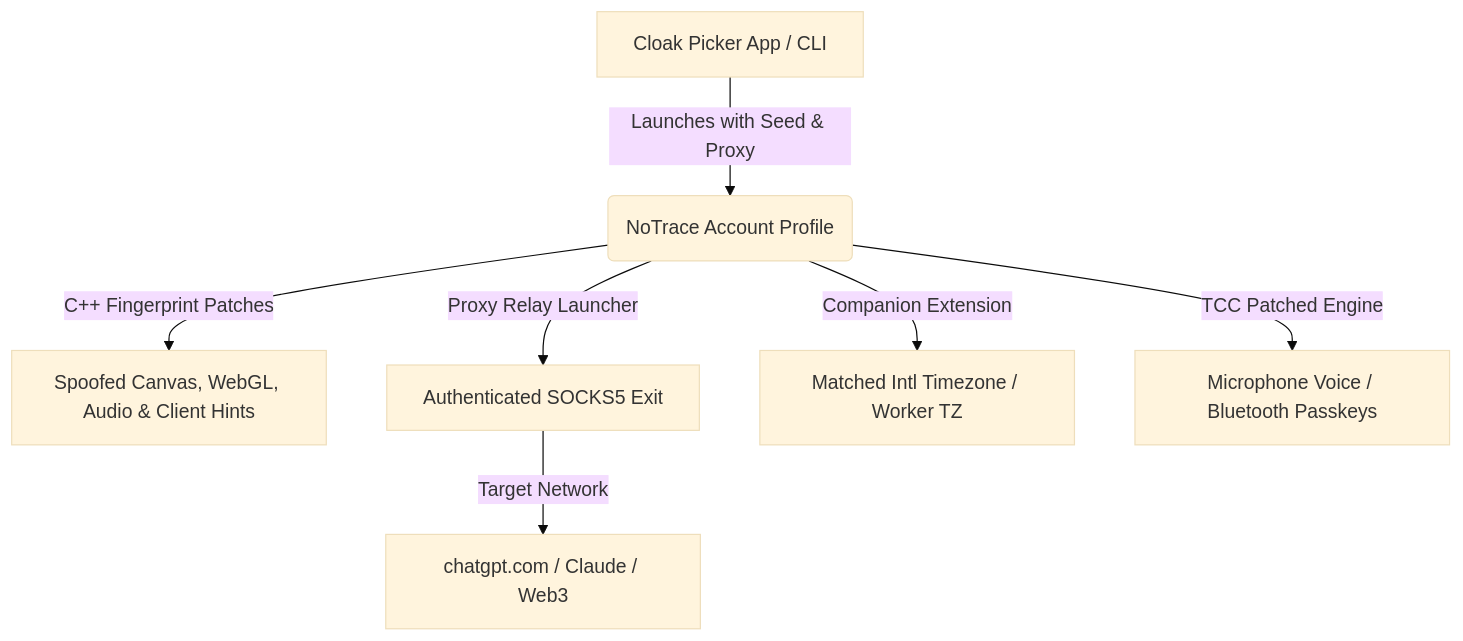
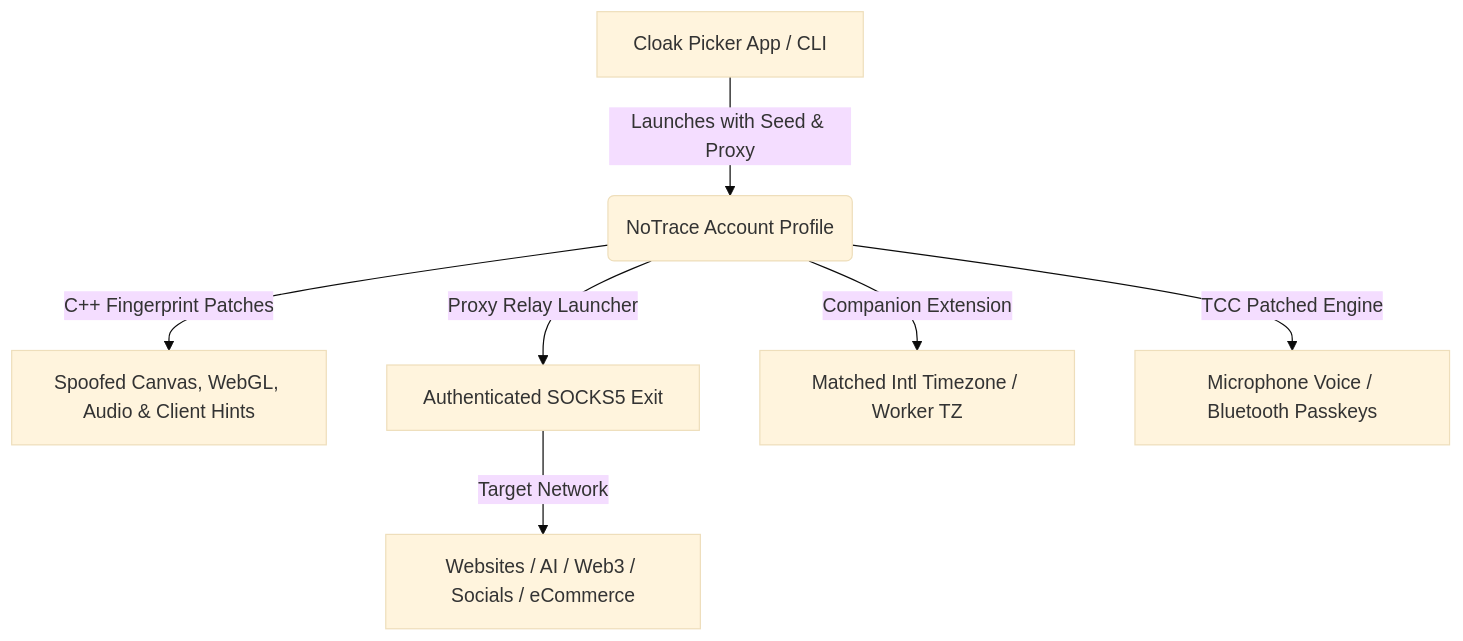
One commit to GravityPoet/notrace-browser changed the diagram in README.md. Above: the diagram before and after it, drawn with Mermaid (base theme). The commit also changed other lines of this file and 1 other file, not shown here.

Commit message:
docs: generalize README files to support any web service instead of just ChatGPT

````diff
--- a/README.md
+++ b/README.md
@@ -17,9 +17,9 @@
 ```mermaid
 graph TD
     A[Cloak Picker App / CLI] -->|Launches with Seed & Proxy| B(NoTrace Account Profile)
     B -->|C++ Fingerprint Patches| C[Spoofed Canvas, WebGL, Audio & Client Hints]
     B -->|Proxy Relay Launcher| D[Authenticated SOCKS5 Exit]
     B -->|Companion Extension| E[Matched Intl Timezone / Worker TZ]
     B -->|TCC Patched Engine| F[Microphone Voice / Bluetooth Passkeys]
-    D -->|Target Network| G[chatgpt.com / Claude / Web3]
+    D -->|Target Network| G[Websites / AI / Web3 / Socials / eCommerce]
 ```
````
